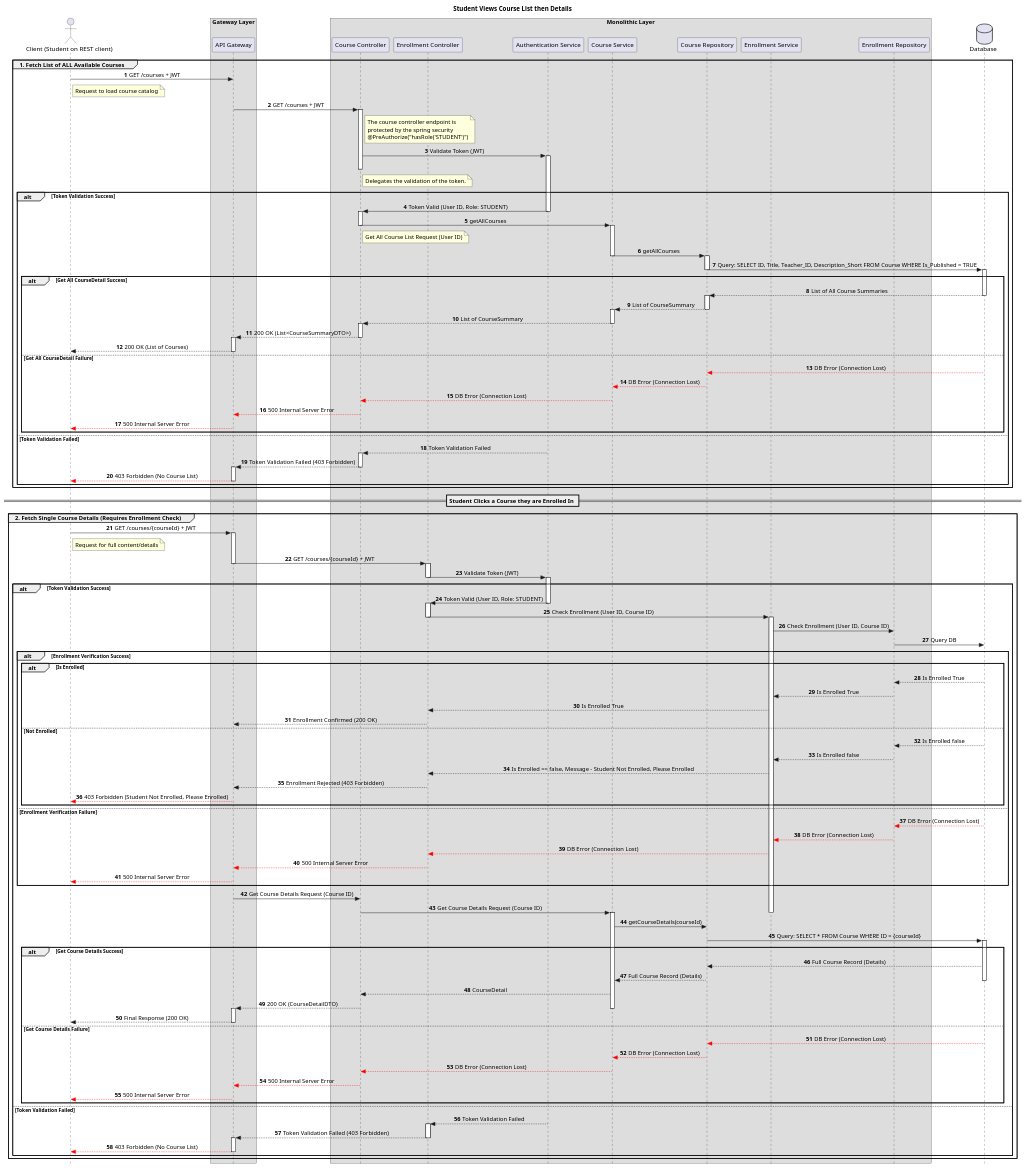
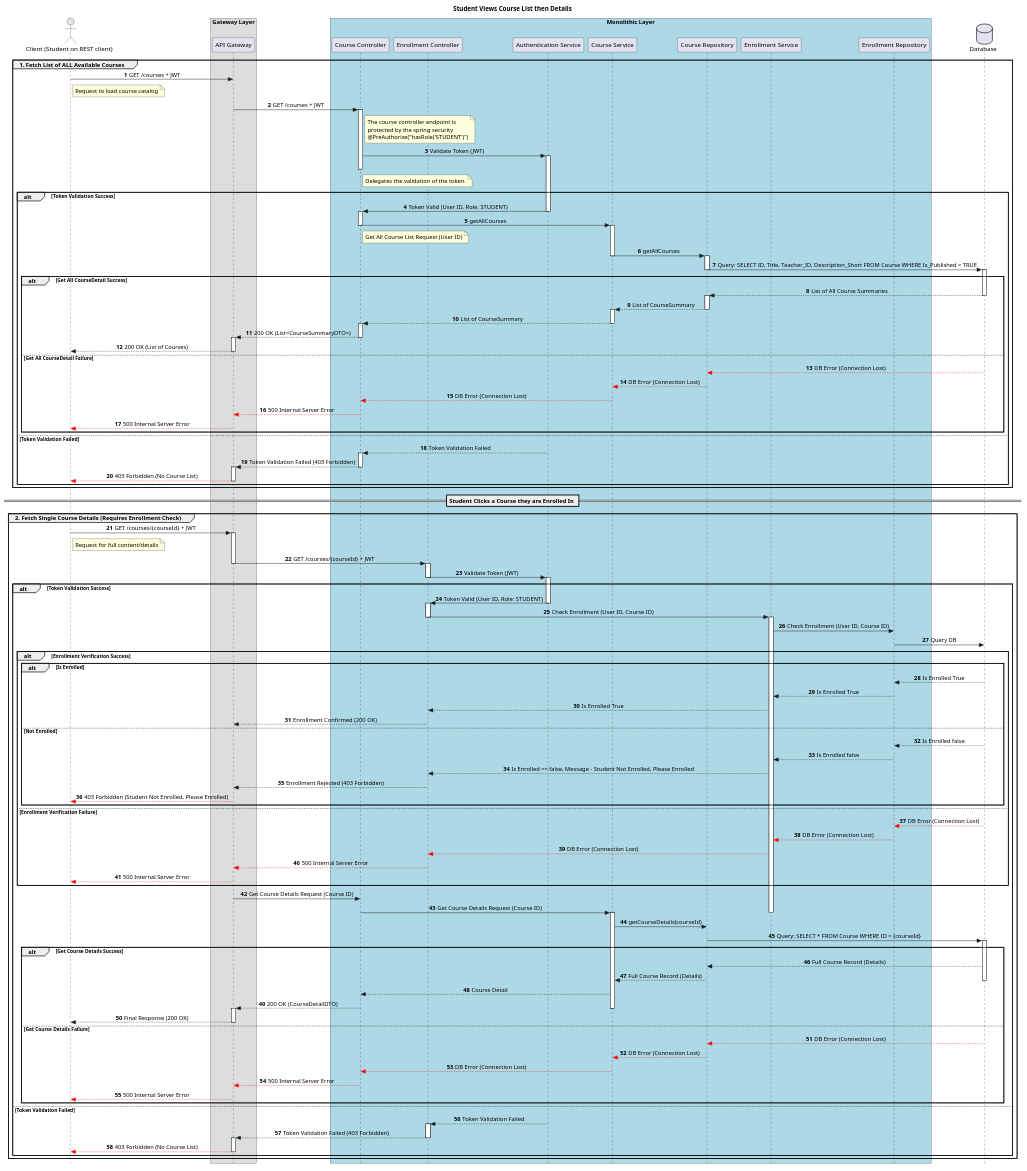
The diagram in docs/plantuml/monolith-student-views-courseList-then-details.plantuml (SanjayaLH/learning-management-system-platform), drawn with PlantUML before and after one commit. The commit also changed 2 other files, not shown here.

Commit message:
Updating monolith-student-views-courseList-then-details.plantuml and Adding monolith-teacher-create-course.plantuml,monolith-teacher-views-courseList-then-details.plantuml

```diff
--- a/docs/plantuml/monolith-student-views-courseList-then-details.plantuml
+++ b/docs/plantuml/monolith-student-views-courseList-then-details.plantuml
@@ -1,179 +1,179 @@
 @startuml student-views-courseList-then-details
 skinparam style strictuml
 skinparam SequenceMessageAlignment center
 
 Title Student Views Course List then Details
 
 actor "Client (Student on REST client)" as Client
 box "Gateway Layer"
     participant "API Gateway" as ApiGateway
 end box
-box "Monolithic Layer"
+box "Monolithic Layer" #LightBlue
     participant "Course Controller" as CourseController
     participant "Enrollment Controller" as EnrollmentController
     participant "Authentication Service" as AuthService
     participant "Course Service" as CourseService
     participant "Course Repository" as CourseRepository
     participant "Enrollment Service" as EnrollmentService
     participant "Enrollment Repository" as EnrollmentRepository
 end box
 database "Database" as DB
 
 autonumber
 
 group 1. Fetch List of ALL Available Courses
     Client -> ApiGateway: GET /courses + JWT
     note right of Client: Request to load course catalog
 
     ApiGateway -> CourseController: GET /courses + JWT
     note right of CourseController 
         The course controller endpoint is 
         protected by the spring security 
         @PreAuthorize("hasRole('STUDENT')")
     end note
 
     activate CourseController
     CourseController -> AuthService: Validate Token (JWT)
     note right of CourseController: Delegates the validation of the token.
     activate AuthService
     deactivate CourseController
 
     alt Token Validation Success
         AuthService -> CourseController: Token Valid (User ID, Role: STUDENT)
         deactivate AuthService
         activate CourseController
         CourseController -> CourseService: getAllCourses
         note right CourseController: Get All Course List Request (User ID)
         deactivate CourseController
         activate CourseService
         CourseService -> CourseRepository: getAllCourses
         deactivate CourseService
         activate CourseRepository
         CourseRepository -> DB: Query: SELECT ID, Title, Teacher_ID, Description_Short FROM Course WHERE Is_Published = TRUE
         deactivate CourseRepository
         activate DB
         alt Get All CourseDetail Success
             DB --> CourseRepository: List of All Course Summaries
             deactivate DB
             activate CourseRepository
             CourseRepository --> CourseService: List of CourseSummary
             deactivate CourseRepository
             activate CourseService
             CourseService --> CourseController: List of CourseSummary
             deactivate CourseService
             activate CourseController
             CourseController --> ApiGateway: 200 OK (List<CourseSummaryDTO>)
             deactivate CourseController
             activate ApiGateway
             ApiGateway --> Client: 200 OK (List of Courses)
             deactivate ApiGateway
         else Get All CourseDetail Failure
             DB -[#red]-> CourseRepository: DB Error (Connection Lost)
             CourseRepository -[#red]-> CourseService: DB Error (Connection Lost)
             CourseService -[#red]-> CourseController: DB Error (Connection Lost)
             CourseController -[#red]-> ApiGateway: 500 Internal Server Error
             ApiGateway -[#red]-> Client: 500 Internal Server Error
         end
         
     else Token Validation Failed
         activate AuthService
         AuthService --> CourseController: Token Validation Failed
         deactivate AuthService
         activate CourseController
         CourseController --> ApiGateway: Token Validation Failed (403 Forbidden)
         deactivate CourseController
         activate ApiGateway
         ApiGateway -[#red]-> Client: 403 Forbidden (No Course List)
         deactivate ApiGateway
     end
 
 end
 
 == Student Clicks a Course they are Enrolled In ==
 
 group 2. Fetch Single Course Details (Requires Enrollment Check)
     Client -> ApiGateway: GET /courses/{courseId} + JWT
     note right of Client: Request for full content/details
 
     activate ApiGateway
     ApiGateway -> EnrollmentController: GET /courses/{courseId} + JWT
     deactivate ApiGateway
     activate EnrollmentController
     EnrollmentController -> AuthService: Validate Token (JWT)
     deactivate EnrollmentController
     
     alt Token Validation Success
         activate AuthService
         AuthService -> EnrollmentController: Token Valid (User ID, Role: STUDENT)
         deactivate AuthService
         activate EnrollmentController
         EnrollmentController -> EnrollmentService: Check Enrollment (User ID, Course ID)
         deactivate EnrollmentController
         activate EnrollmentService
         EnrollmentService -> EnrollmentRepository: Check Enrollment (User ID, Course ID)
         EnrollmentRepository -> DB: Query DB
 
         alt Enrollment Verification Success
             alt Is Enrolled
                 DB --> EnrollmentRepository: Is Enrolled True
                 EnrollmentRepository --> EnrollmentService: Is Enrolled True
                 EnrollmentService -->EnrollmentController: Is Enrolled True
                 EnrollmentController --> ApiGateway: Enrollment Confirmed (200 OK)
             else Not Enrolled
                 DB --> EnrollmentRepository: Is Enrolled false
                 EnrollmentRepository --> EnrollmentService: Is Enrolled false
                 EnrollmentService --> EnrollmentController: Is Enrolled == false, Message - Student Not Enrolled, Please Enrolled
                 EnrollmentController --> ApiGateway: Enrollment Rejected (403 Forbidden)
                 deactivate EnrollmentController
                 ApiGateway -[#red]-> Client: 403 Forbidden (Student Not Enrolled, Please Enrolled)
                 deactivate ApiGateway
             end
         else Enrollment Verification Failure
             DB -[#red]-> EnrollmentRepository: DB Error (Connection Lost)
             EnrollmentRepository -[#red]-> EnrollmentService: DB Error (Connection Lost)
             EnrollmentService -[#red]-> EnrollmentController: DB Error (Connection Lost)
             EnrollmentController -[#red]-> ApiGateway: 500 Internal Server Error
             ApiGateway -[#red]-> Client: 500 Internal Server Error
         end
        
         ApiGateway -> CourseController: Get Course Details Request (Course ID)
         CourseController -> CourseService: Get Course Details Request (Course ID)
         deactivate EnrollmentService
         deactivate ApiGateway
         activate CourseService
         
         CourseService -> CourseRepository: getCourseDetails(courseId)
         CourseRepository -> DB: Query: SELECT * FROM Course WHERE ID = {courseId}
         activate DB
 
         alt Get Course Details Success
             DB --> CourseRepository: Full Course Record (Details)
             CourseRepository --> CourseService: Full Course Record (Details)
             deactivate DB
-            CourseService --> CourseController: CourseDetail
+            CourseService --> CourseController: Course Detail
             CourseController --> ApiGateway: 200 OK (CourseDetailDTO)
             deactivate CourseService
             activate ApiGateway
             ApiGateway --> Client: Final Response (200 OK)
             deactivate ApiGateway
         else Get Course Details Failure
             DB -[#red]-> CourseRepository: DB Error (Connection Lost)
             CourseRepository -[#red]-> CourseService: DB Error (Connection Lost)
             CourseService -[#red]-> CourseController: DB Error (Connection Lost)
             CourseController -[#red]-> ApiGateway: 500 Internal Server Error
             ApiGateway -[#red]-> Client: 500 Internal Server Error
         end 
         
     else Token Validation Failed
         activate AuthService
         AuthService --> EnrollmentController: Token Validation Failed
         deactivate AuthService
         activate EnrollmentController
         EnrollmentController --> ApiGateway: Token Validation Failed (403 Forbidden)
         deactivate EnrollmentController
         activate ApiGateway
         ApiGateway -[#red]-> Client: 403 Forbidden (No Course List)
         deactivate ApiGateway
     end
 end
 @endumll
```
